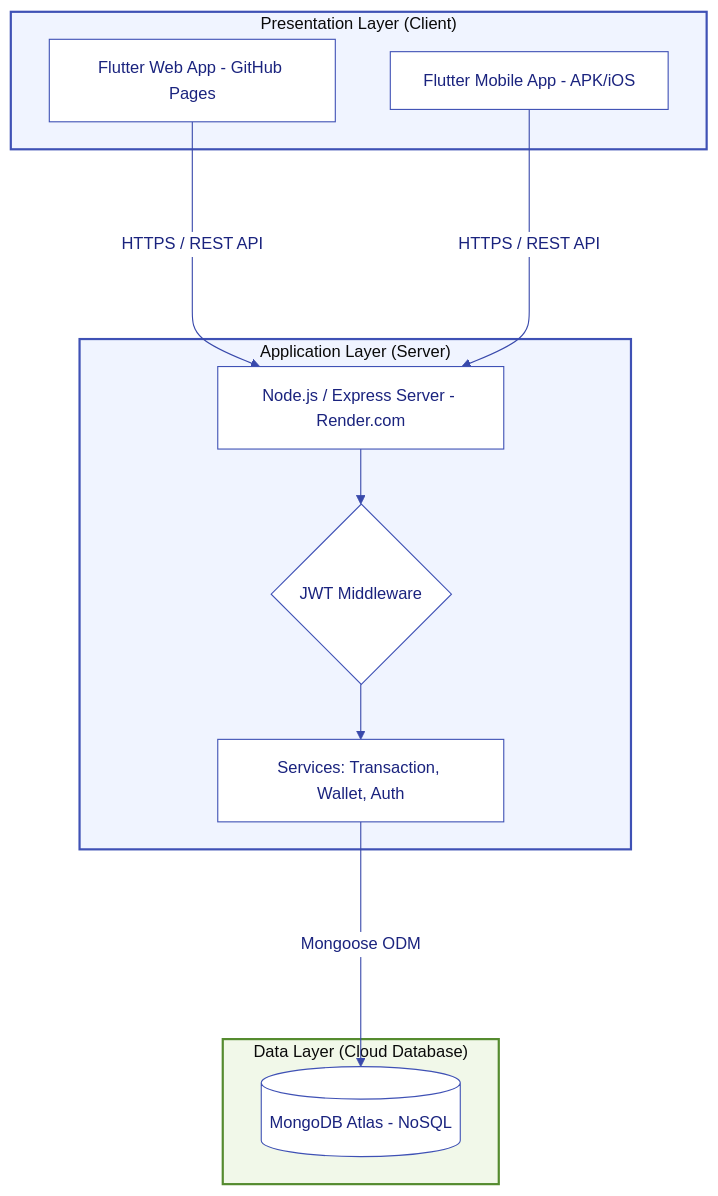
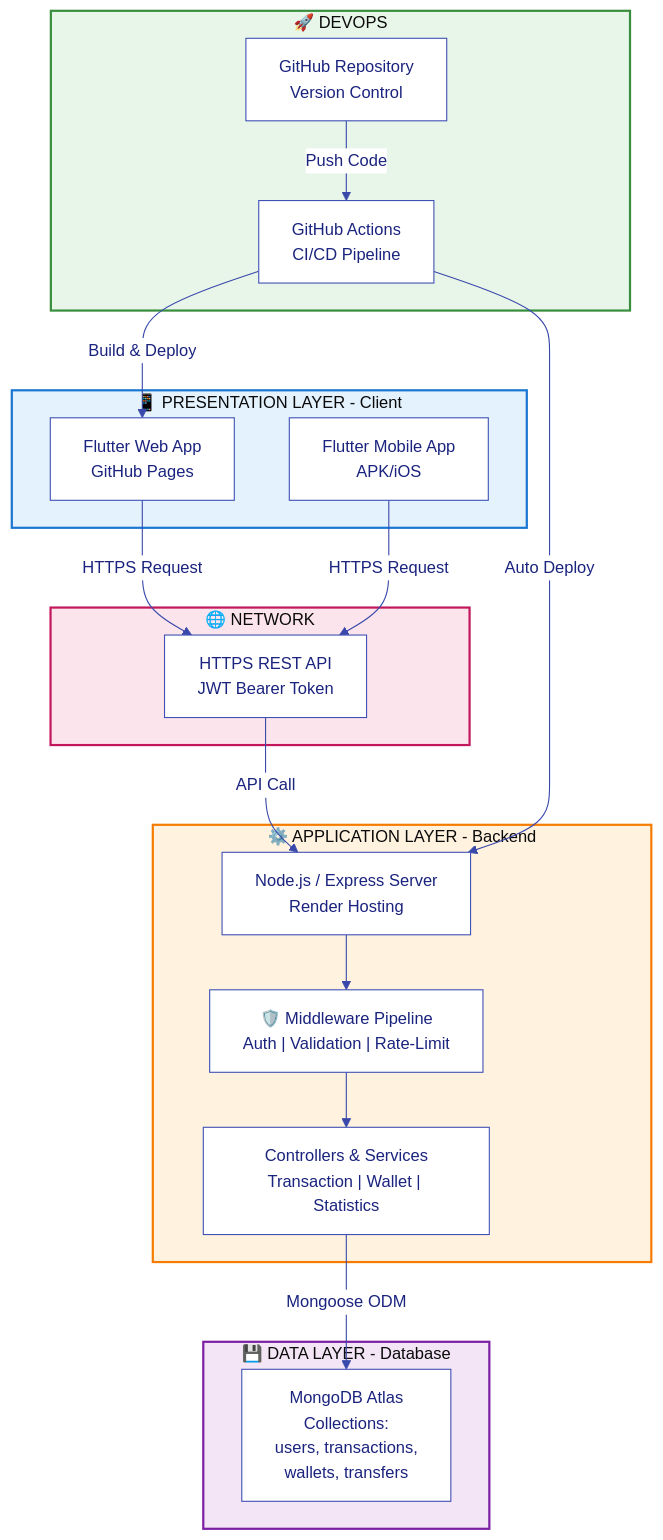
One commit to Minh08012005/SmartSpender changed the diagram in docs/diagrams/shared/3_tier.md. Above: the diagram before and after it, drawn with Mermaid. The commit also changed other lines of this file and 1 other file, not shown here.

````diff
--- a/docs/diagrams/shared/3_tier.md
+++ b/docs/diagrams/shared/3_tier.md
@@ -3,46 +8,61 @@
 ```mermaid
 %%{init: {
     'theme': 'base',
     'themeVariables': {
         'primaryColor': '#e8eaf6',
         'primaryTextColor': '#1a237e',
         'primaryBorderColor': '#3f51b5',
         'lineColor': '#3949ab',
         'secondaryColor': '#ffffff',
         'tertiaryColor': '#f5f5f5',
         'mainBkg': '#ffffff',
         'nodeBorder': '#3f51b5',
         'clusterBkg': '#fafafa',
         'clusterBorder': '#7986cb',
         'fontSize': '15px'
     }
 }}%%
 
 graph TD
-    subgraph Presentation_Layer ["Presentation Layer (Client)"]
-        A[Flutter Web App - GitHub Pages]
-        B[Flutter Mobile App - APK/iOS]
+    subgraph Presentation_Layer ["📱 PRESENTATION LAYER - Client"]
+        A["Flutter Web App<br/>GitHub Pages"]
+        B["Flutter Mobile App<br/>APK/iOS"]
     end
 
-    subgraph Application_Layer ["Application Layer (Server)"]
-        C[Node.js / Express Server - Render.com]
-        D{JWT Middleware}
-        E[Services: Transaction, Wallet, Auth]
+    subgraph Network["🌐 NETWORK"]
+        REST["HTTPS REST API<br/>JWT Bearer Token"]
     end
 
-    subgraph Data_Layer ["Data Layer (Cloud Database)"]
-        F[(MongoDB Atlas - NoSQL)]
+    subgraph Application_Layer ["⚙️ APPLICATION LAYER - Backend"]
+        C["Node.js / Express Server<br/>Render Hosting"]
+        D["🛡️ Middleware Pipeline<br/>Auth | Validation | Rate-Limit"]
+        E["Controllers & Services<br/>Transaction | Wallet | Statistics"]
+    end
+
+    subgraph Data_Layer ["💾 DATA LAYER - Database"]
+        F["MongoDB Atlas<br/>Collections:<br/>users, transactions,<br/>wallets, transfers"]
+    end
+
+    subgraph DevOps["🚀 DEVOPS"]
+        GIT["GitHub Repository<br/>Version Control"]
+        ACTIONS["GitHub Actions<br/>CI/CD Pipeline"]
     end
 
     %% Kết nối luồng
-    A & B ---->|HTTPS / REST API| C
+    A & B -->|HTTPS Request| REST
+    REST -->|API Call| C
     C --> D
     D --> E
-    E ---->|Mongoose ODM| F
+    E -->|Mongoose ODM| F
 
-    %% Định dạng màu sắc bổ sung cho trực quan
-    style Presentation_Layer fill:#f0f4ff,stroke:#3f51b5,stroke-width:2px
-    style Application_Layer fill:#f0f4ff,stroke:#3f51b5,stroke-width:2px
-    style Data_Layer fill:#f1f8e9,stroke:#558b2f,stroke-width:2px
-    style F fill:#ffffff,stroke:#
+    GIT -->|Push Code| ACTIONS
+    ACTIONS -->|Auto Deploy| C
+    ACTIONS -->|Build & Deploy| A
+
+    %% Định dạng màu sắc
+    style Presentation_Layer fill:#e3f2fd,stroke:#1976d2,stroke-width:2px
+    style Network fill:#fce4ec,stroke:#c2185b,stroke-width:2px
+    style Application_Layer fill:#fff3e0,stroke:#f57c00,stroke-width:2px
+    style Data_Layer fill:#f3e5f5,stroke:#7b1fa2,stroke-width:2px
+    style DevOps fill:#e8f5e9,stroke:#388e3c,stroke-width:2px
 ```
````
